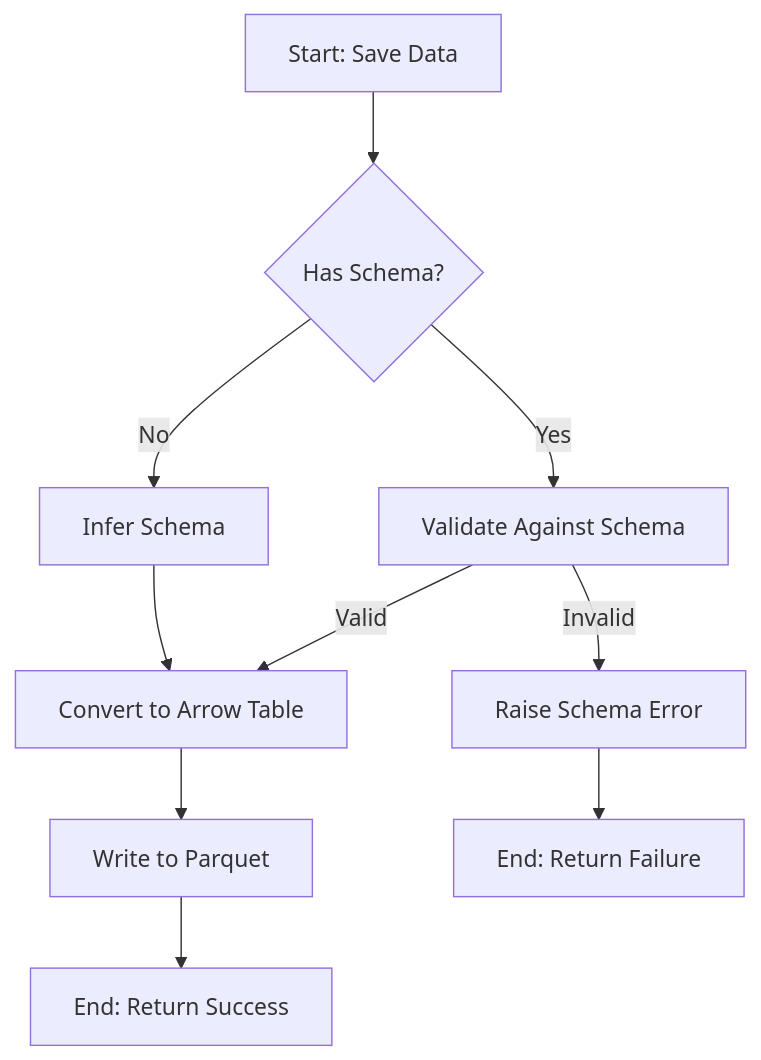
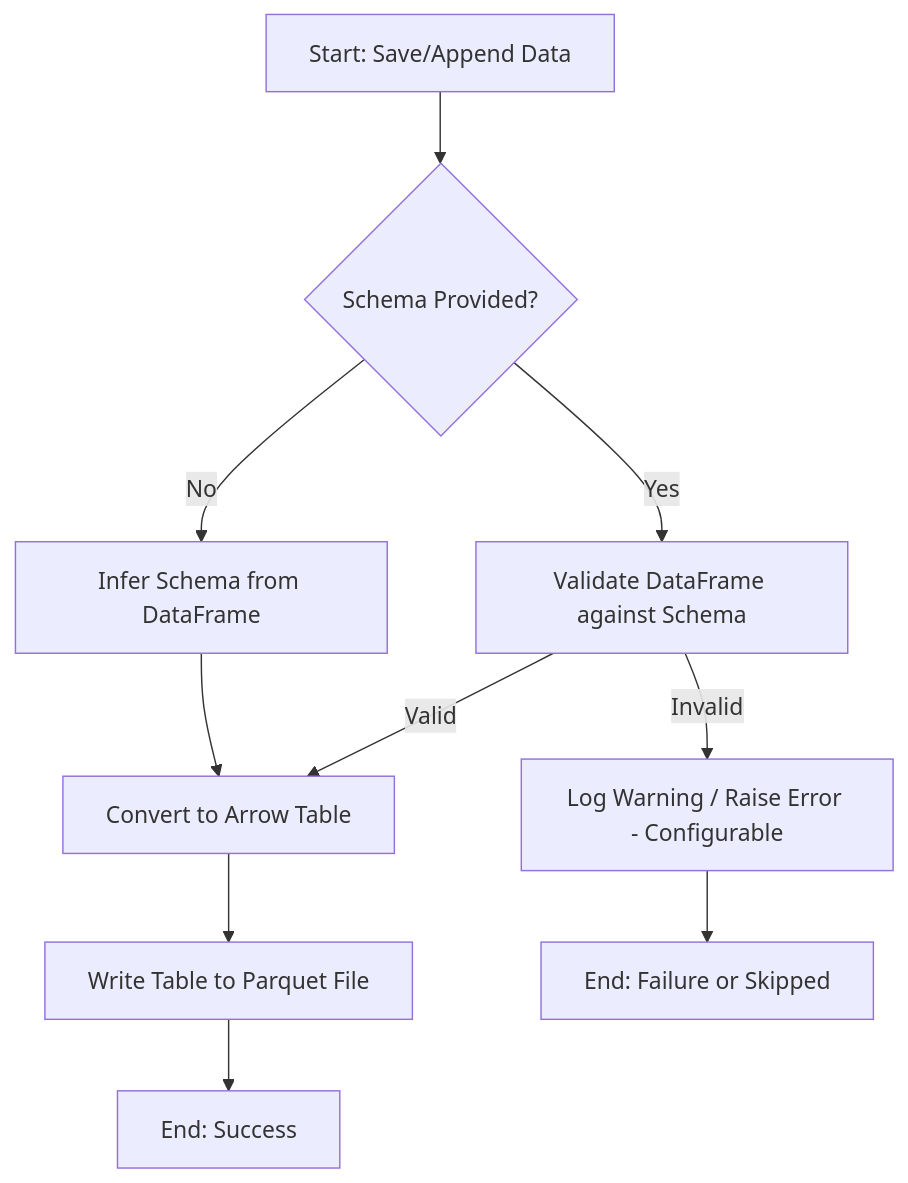
Before and after one commit to Ollama-Agent-Roll-Cage/oarc-crawlers: the third of 25 diagrams in docs/Crawlers.md, drawn with Mermaid. The commit also changed other lines of this file and 9 other files, not shown here.

````diff
--- a/docs/Crawlers.md
+++ b/docs/Crawlers.md
@@ -136,12 +138,12 @@
 ```mermaid
-flowchart TD
-    A[Start: Save Data] --> B{Has Schema?}
-    B -->|Yes| C[Validate Against Schema]
-    B -->|No| D[Infer Schema]
-    C -->|Valid| E[Convert to Arrow Table]
-    C -->|Invalid| F[Raise Schema Error]
+graph TD
+    A[Start: Save/Append Data] --> B{Schema Provided?}
+    B -- Yes --> C[Validate DataFrame against Schema]
+    B -- No --> D[Infer Schema from DataFrame]
+    C -- Valid --> E[Convert to Arrow Table]
+    C -- Invalid --> F[Log Warning / Raise Error - Configurable]
     D --> E
-    E --> G[Write to Parquet]
-    G --> H[End: Return Success]
-    F --> I[End: Return Failure]
+    E --> G[Write Table to Parquet File]
+    G --> H[End: Success]
+    F --> I[End: Failure or Skipped]
 ```
````
